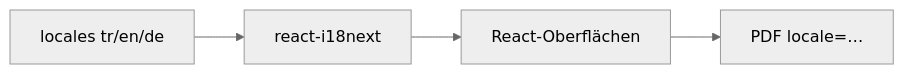
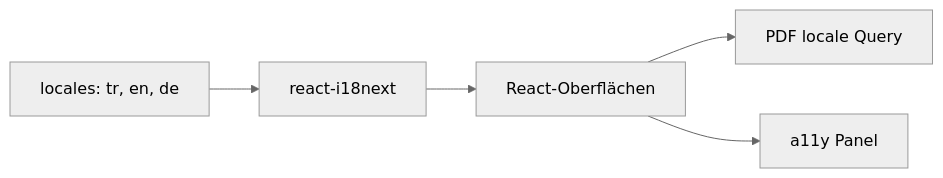
Before and after one commit to fdeniz07/BankApp: the first of 2 diagrams in docs/learning/de/12-i18n-ux.md, drawn with Mermaid (neutral theme). The commit also changed other lines of this file and 105 other files, not shown here.

First line of the commit message:
doc: Enrich learning chapters with labs, pitfalls, and safe Mermaid

````diff
--- a/docs/learning/de/12-i18n-ux.md
+++ b/docs/learning/de/12-i18n-ux.md
@@ -11,6 +11,7 @@
 ```mermaid
 flowchart LR
-  LOC[locales tr/en/de] --> I18N[react-i18next]
-  I18N --> UI[React-Oberflächen]
-  UI --> PDF[PDF locale=…]
+  LOC["locales: tr, en, de"] --> I18N["react-i18next"]
+  I18N --> UI["React-Oberflächen"]
+  UI --> PDF["PDF locale Query"]
+  UI --> A11Y["a11y Panel"]
 ```
````
